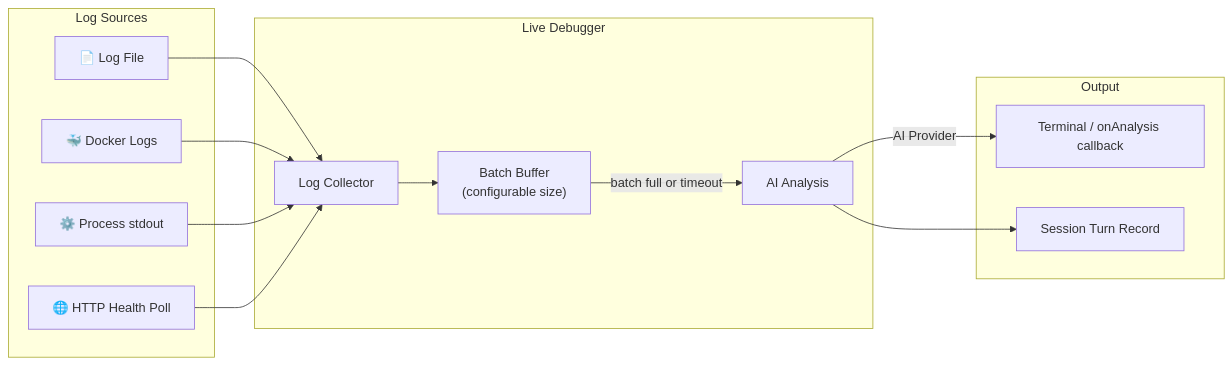
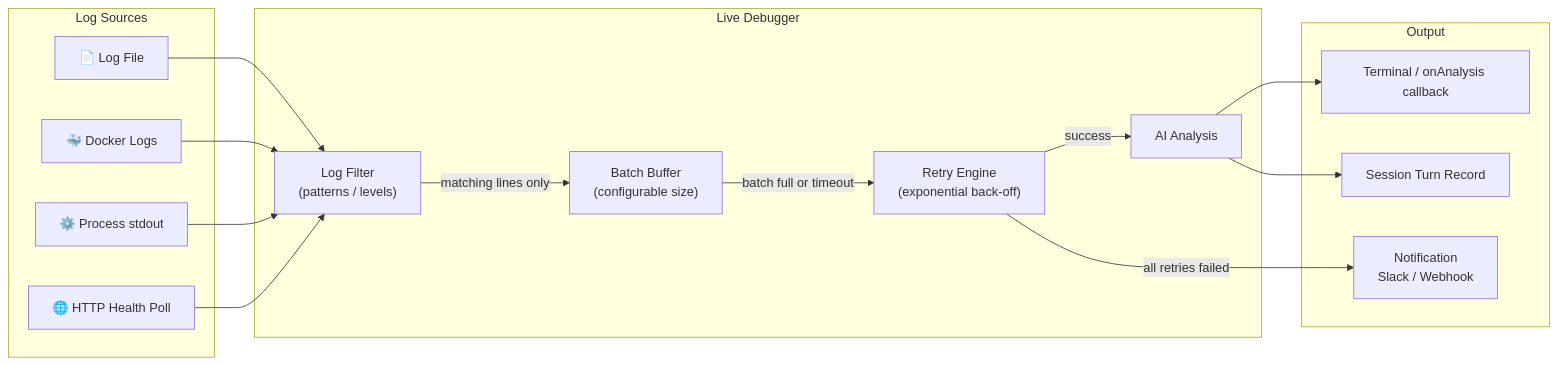
Before and after one commit to fury-r/fusion-agent: the third of 4 diagrams in README.md, drawn with Mermaid. The commit also changed other lines of this file and 8 other files, not shown here.

````diff
--- a/README.md
+++ b/README.md
@@ -104,30 +114,34 @@
 ```mermaid
 flowchart LR
     subgraph Sources["Log Sources"]
         LF[📄 Log File]
         DC[🐳 Docker Logs]
         PR[⚙️ Process stdout]
         HP[🌐 HTTP Health Poll]
     end
 
     subgraph Debugger["Live Debugger"]
-        Collector[Log Collector]
+        Filter["Log Filter\n(patterns / levels)"]
         Batcher["Batch Buffer\n(configurable size)"]
-        Analyzer[AI Analysis]
+        Retry["Retry Engine\n(exponential back-off)"]
+        AI[AI Analysis]
     end
 
     subgraph Output["Output"]
         Terminal[Terminal / onAnalysis callback]
         Session[Session Turn Record]
+        Notif[Notification\nSlack / Webhook]
     end
 
-    LF --> Collector
-    DC --> Collector
-    PR --> Collector
-    HP --> Collector
+    LF --> Filter
+    DC --> Filter
+    PR --> Filter
+    HP --> Filter
 
-    Collector --> Batcher
-    Batcher -->|"batch full or timeout"| Analyzer
-    Analyzer -->|AI Provider| Terminal
-    Analyzer --> Session
+    Filter -->|matching lines only| Batcher
+    Batcher -->|"batch full or timeout"| Retry
+    Retry -->|success| AI
+    AI --> Terminal
+    AI --> Session
+    Retry -->|all retries failed| Notif
 ```
````
